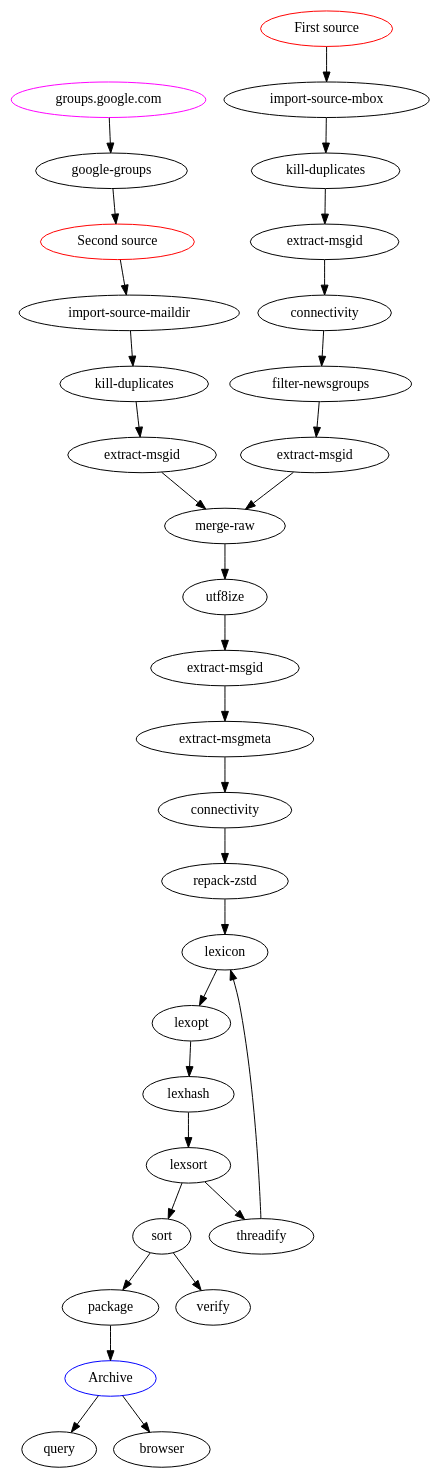
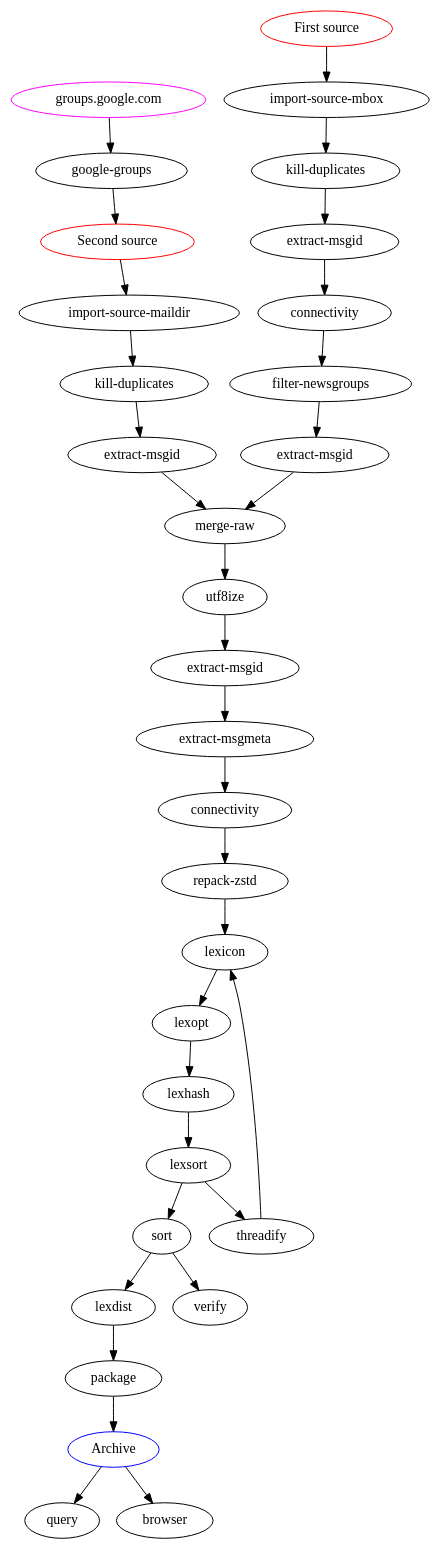
Before and after one commit to wolfpld/usenetarchive: the diagram in doc/pipeline.dot, drawn with Graphviz. The commit also changed 1 other file, not shown here.

Commit message:
Add lexdist to workflow graph.

```diff
--- a/doc/pipeline.dot
+++ b/doc/pipeline.dot
@@ -1,57 +1,58 @@
 digraph
 {
     ggsrc[label="groups.google.com", color=magenta];
     gg[label="google-groups"];
 
     src1[label="First source", color=red];
     src2[label="Second source", color=red];
     dst1[label="Archive", color=blue];
 
     mbox[label="import-source-mbox"];
     maildir[label="import-source-maildir"];
 
     kill1[label="kill-duplicates"];
     kill2[label="kill-duplicates"];
 
     msgid1[label="extract-msgid"];
     msgid2[label="extract-msgid"];
     msgid3[label="extract-msgid"];
     msgid4[label="extract-msgid"];
     conn2[label="connectivity"];
 
     filter[label="filter-newsgroups"];
     merge[label="merge-raw"];
     msgmeta[label="extract-msgmeta"];
     repack[label="repack-zstd"];
 
     ggsrc -> gg;
     gg -> src2;
     src1 -> mbox;
     src2 -> maildir;
     mbox -> kill1;
     maildir -> kill2;
     kill1 -> msgid4;
     msgid4 -> conn2;
     conn2 -> filter;
     filter -> msgid1;
     kill2 -> msgid2;
     msgid1 -> merge;
     msgid2 -> merge;
     merge -> utf8ize;
     utf8ize -> msgid3;
     msgid3 -> msgmeta;
     msgmeta -> connectivity;
     connectivity -> repack;
     repack -> lexicon;
     lexicon -> lexopt;
     lexopt -> lexhash;
     lexhash -> lexsort;
     lexsort -> sort;
-    sort -> package;
+    sort -> lexdist;
     sort -> verify;
+    lexdist -> package;
     package -> dst1;
     dst1 -> query;
     dst1 -> browser;
     lexsort -> threadify;
     threadify -> lexicon;
 }
```
